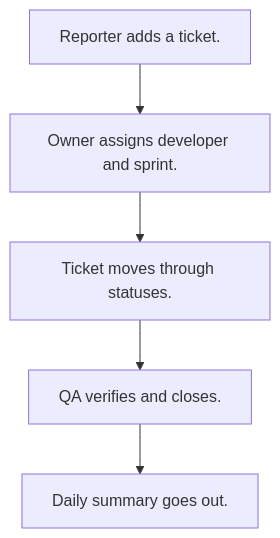
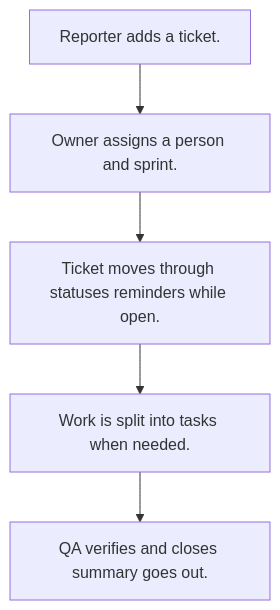
Before and after one commit to AadityaParmar/studio-agent: the diagram in neome-studio/reference/template-bank/template-modules/TMOD-ticket-tracker.md, drawn with Mermaid. The commit also changed other lines of this file and 94 other files, not shown here.

````diff
--- a/neome-studio/reference/template-bank/template-modules/TMOD-ticket-tracker.md
+++ b/neome-studio/reference/template-bank/template-modules/TMOD-ticket-tracker.md
@@ -48,12 +53,12 @@
 ```mermaid
 flowchart TD
   A["Reporter adds a ticket."]
-  B["Owner assigns developer and sprint."]
-  C["Ticket moves through statuses."]
-  D["QA verifies and closes."]
-  E["Daily summary goes out."]
+  B["Owner assigns a person and sprint."]
+  C["Ticket moves through statuses reminders while open."]
+  D["Work is split into tasks when needed."]
+  E["QA verifies and closes summary goes out."]
   A --> B
   B --> C
   C --> D
   D --> E
 ```
````
